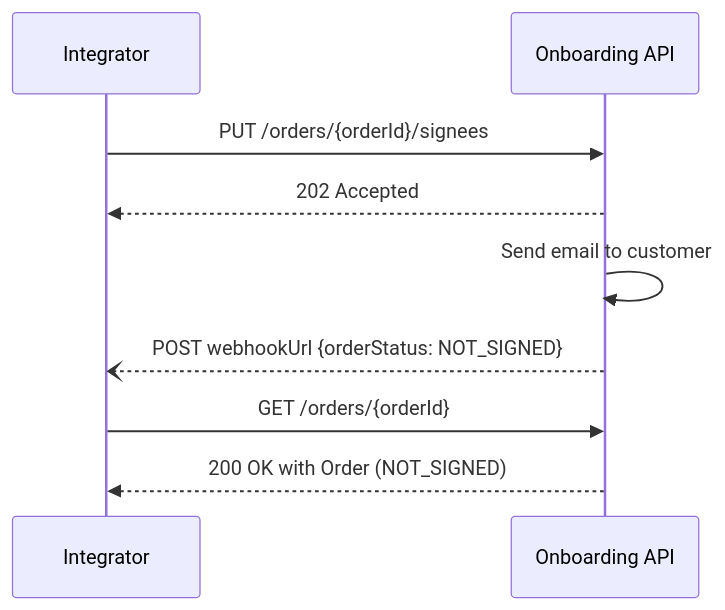
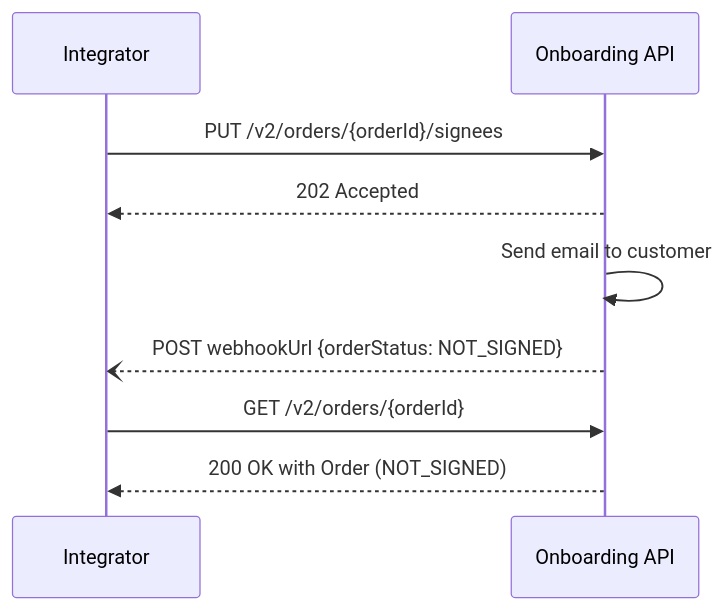
The eighth of 9 diagrams in docs/prod_flows.md (BankAxept/bankaxept-onboarding-external-documentation), drawn with Mermaid before and after one commit. The commit also changed other lines of this file and 7 other files, not shown here.

````diff
--- a/docs/prod_flows.md
+++ b/docs/prod_flows.md
@@ -216,12 +216,12 @@
     ```mermaid
     sequenceDiagram
     participant I as Integrator
     participant O as Onboarding API
 
-    I ->> O: PUT /orders/{orderId}/signees
+    I ->> O: PUT /v2/orders/{orderId}/signees
     O -->> I: 202 Accepted
     O ->> O: Send email to customer
     O --) I: POST webhookUrl {orderStatus: NOT_SIGNED}
-    I ->> O : GET /orders/{orderId}
+    I ->> O : GET /v2/orders/{orderId}
     O -->> I: 200 OK with Order (NOT_SIGNED)
     ```
````
